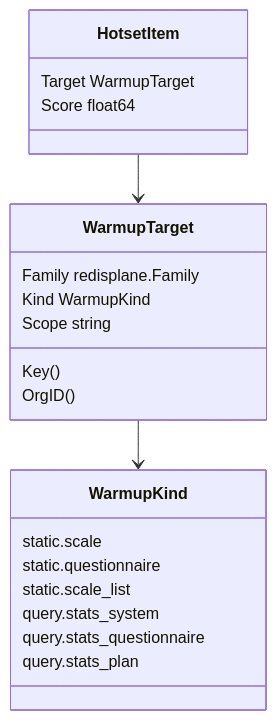
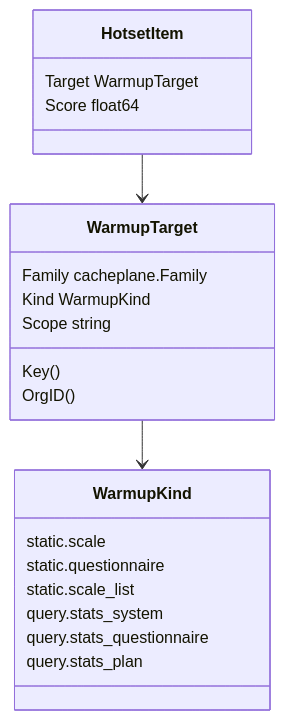
Before and after one commit to FangcunMount/qs-server: the first of 3 diagrams in docs/03-基础设施/redis/05-Hotset与WarmupTarget模型.md, drawn with Mermaid. The commit also changed other lines of this file and 34 other files, not shown here.

````diff
--- a/docs/03-基础设施/redis/05-Hotset与WarmupTarget模型.md
+++ b/docs/03-基础设施/redis/05-Hotset与WarmupTarget模型.md
@@ -16,24 +16,24 @@
 ```mermaid
 classDiagram
     class WarmupTarget {
-      Family redisplane.Family
+      Family cacheplane.Family
       Kind WarmupKind
       Scope string
       Key()
       OrgID()
     }
     class WarmupKind {
       static.scale
       static.questionnaire
       static.scale_list
       query.stats_system
       query.stats_questionnaire
       query.stats_plan
     }
     class HotsetItem {
       Target WarmupTarget
       Score float64
     }
     WarmupTarget --> WarmupKind
     HotsetItem --> WarmupTarget
 ```
````
